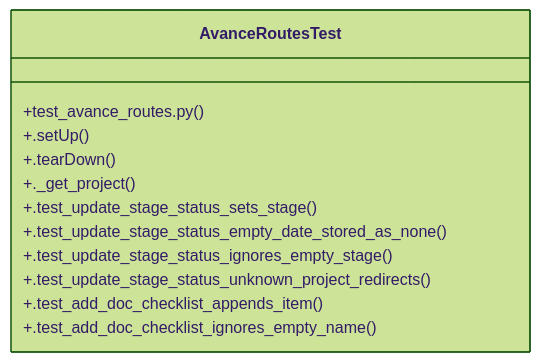
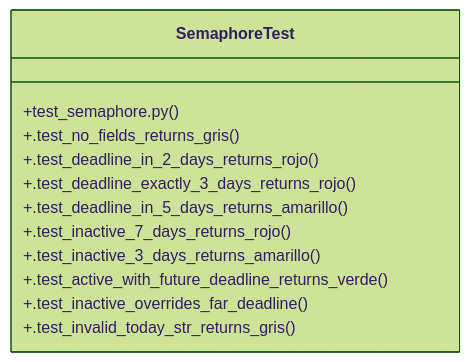
Before and after one commit to Daftrick/ProjectTracker: the diagram in graphify-out/wiki/Community_25.md, drawn with Mermaid (forest theme). The commit also changed other lines of this file and 544 other files, not shown here.

````diff
--- a/graphify-out/wiki/Community_25.md
+++ b/graphify-out/wiki/Community_25.md
@@ -29,15 +25,15 @@
 ```mermaid
 classDiagram
-    class AvanceRoutesTest {
-        +test_avance_routes.py()
-        +.setUp()
-        +.tearDown()
-        +._get_project()
-        +.test_update_stage_status_sets_stage()
-        +.test_update_stage_status_empty_date_stored_as_none()
-        +.test_update_stage_status_ignores_empty_stage()
-        +.test_update_stage_status_unknown_project_redirects()
-        +.test_add_doc_checklist_appends_item()
-        +.test_add_doc_checklist_ignores_empty_name()
+    class SemaphoreTest {
+        +test_semaphore.py()
+        +.test_no_fields_returns_gris()
+        +.test_deadline_in_2_days_returns_rojo()
+        +.test_deadline_exactly_3_days_returns_rojo()
+        +.test_deadline_in_5_days_returns_amarillo()
+        +.test_inactive_7_days_returns_rojo()
+        +.test_inactive_3_days_returns_amarillo()
+        +.test_active_with_future_deadline_returns_verde()
+        +.test_inactive_overrides_far_deadline()
+        +.test_invalid_today_str_returns_gris()
     }
 ```
````
